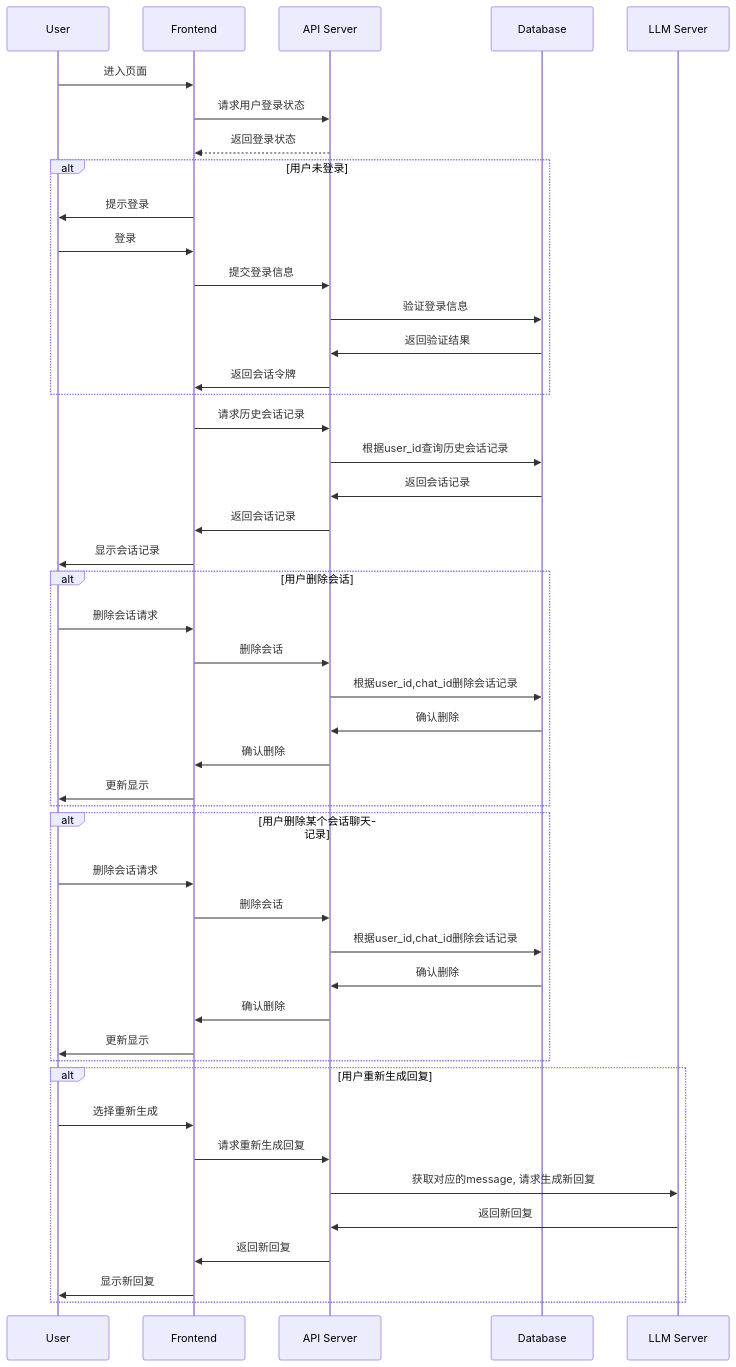
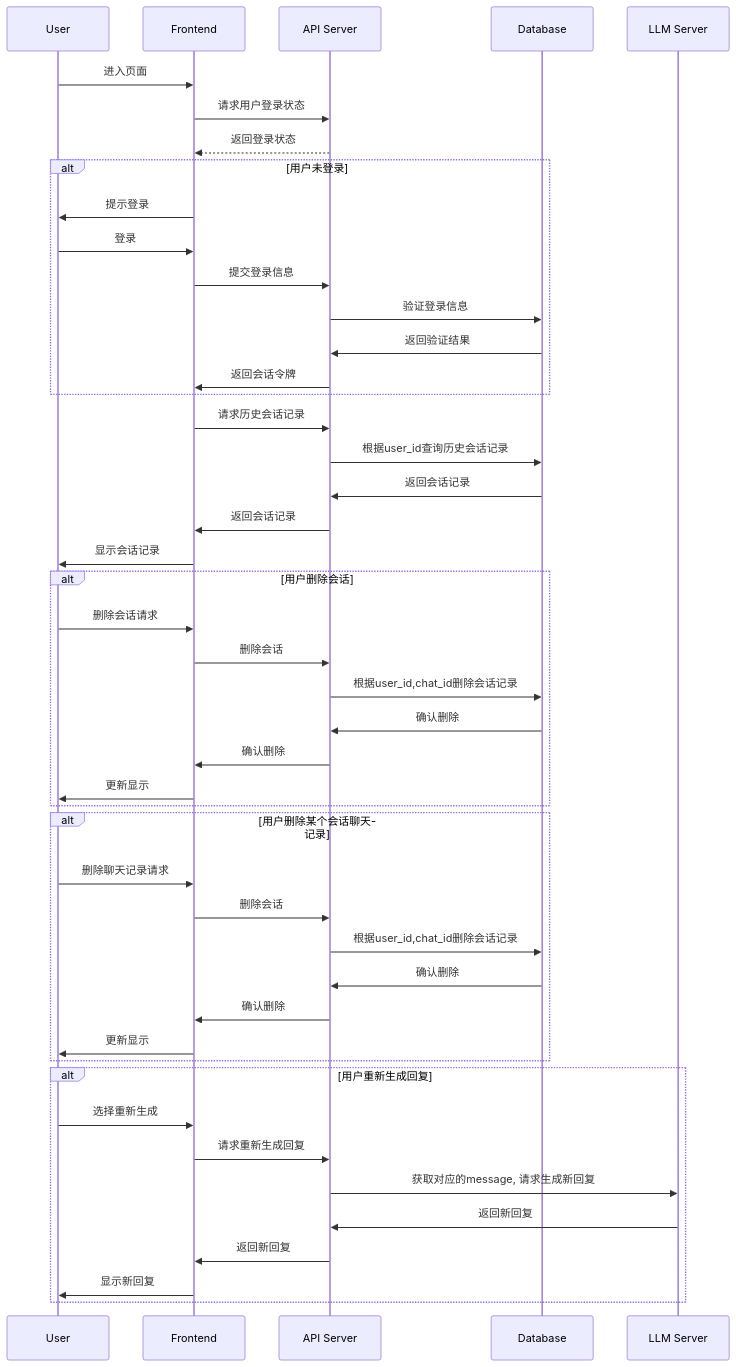
One commit to yingjianzh/iodraw-files changed the diagram in all/未命名-7.md. Above: the diagram before and after it, drawn with Mermaid.

Commit message:
2024-10-09 09:47:00 update

````diff
--- a/all/未命名-7.md
+++ b/all/未命名-7.md
@@ -1,54 +1,54 @@
 ```mermaid
 sequenceDiagram
     participant User
     participant Frontend
     participant API Server
     participant Database
 
 
     User->>Frontend: 进入页面
     Frontend->>API Server: 请求用户登录状态
     API Server-->>Frontend: 返回登录状态
     alt 用户未登录
         Frontend->>User: 提示登录
         User->>Frontend: 登录
         Frontend->>API Server: 提交登录信息
         API Server->>Database: 验证登录信息
         Database->>API Server: 返回验证结果
         API Server->>Frontend: 返回会话令牌
     end
 
     Frontend->>API Server: 请求历史会话记录
     API Server->>Database: 根据user_id查询历史会话记录
     Database->>API Server: 返回会话记录
     API Server->>Frontend: 返回会话记录
     Frontend->>User: 显示会话记录
 
     alt 用户删除会话
         User->>Frontend: 删除会话请求
         Frontend->>API Server: 删除会话
         API Server->>Database: 根据user_id,chat_id删除会话记录
         Database->>API Server: 确认删除
         API Server->>Frontend: 确认删除
         Frontend->>User: 更新显示
     end
 
     alt 用户删除某个会话聊天记录
-        User->>Frontend: 删除会话请求
+        User->>Frontend: 删除聊天记录请求
         Frontend->>API Server: 删除会话
         API Server->>Database: 根据user_id,chat_id删除会话记录
         Database->>API Server: 确认删除
         API Server->>Frontend: 确认删除
         Frontend->>User: 更新显示
     end
 
     alt 用户重新生成回复
         User->>Frontend: 选择重新生成
         Frontend->>API Server: 请求重新生成回复
         API Server->>LLM Server: 获取对应的message, 请求生成新回复
         LLM Server->>API Server: 返回新回复
         API Server->>Frontend: 返回新回复
         Frontend->>User: 显示新回复
     end
 
 ```
````
